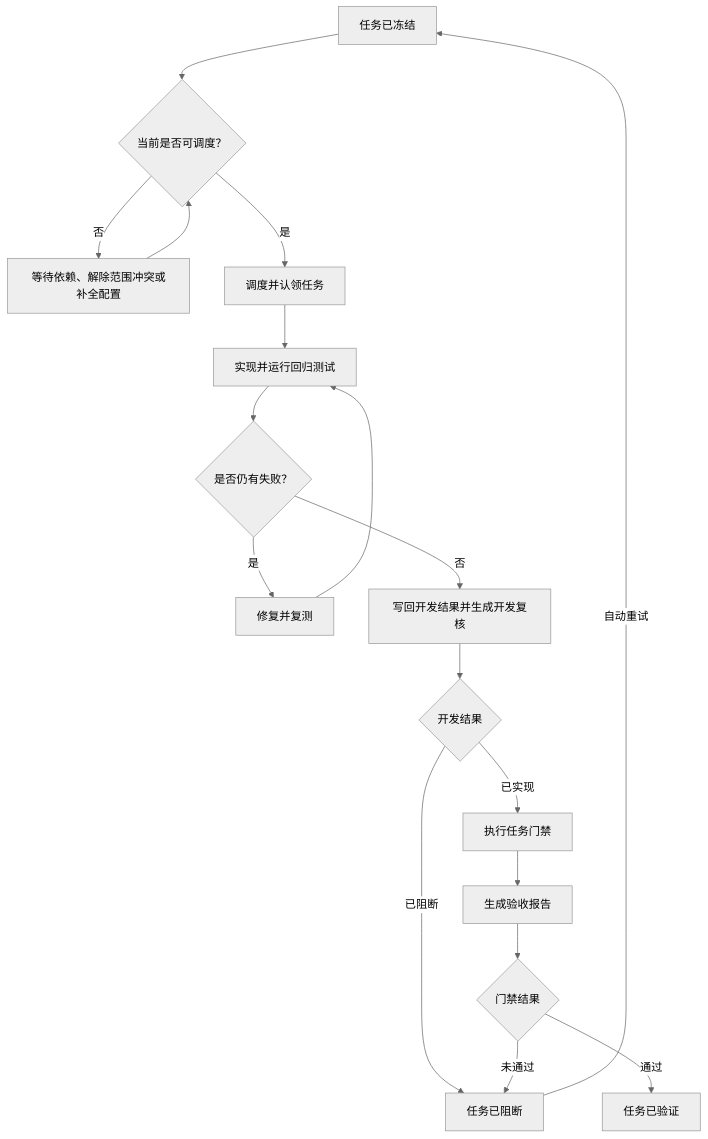
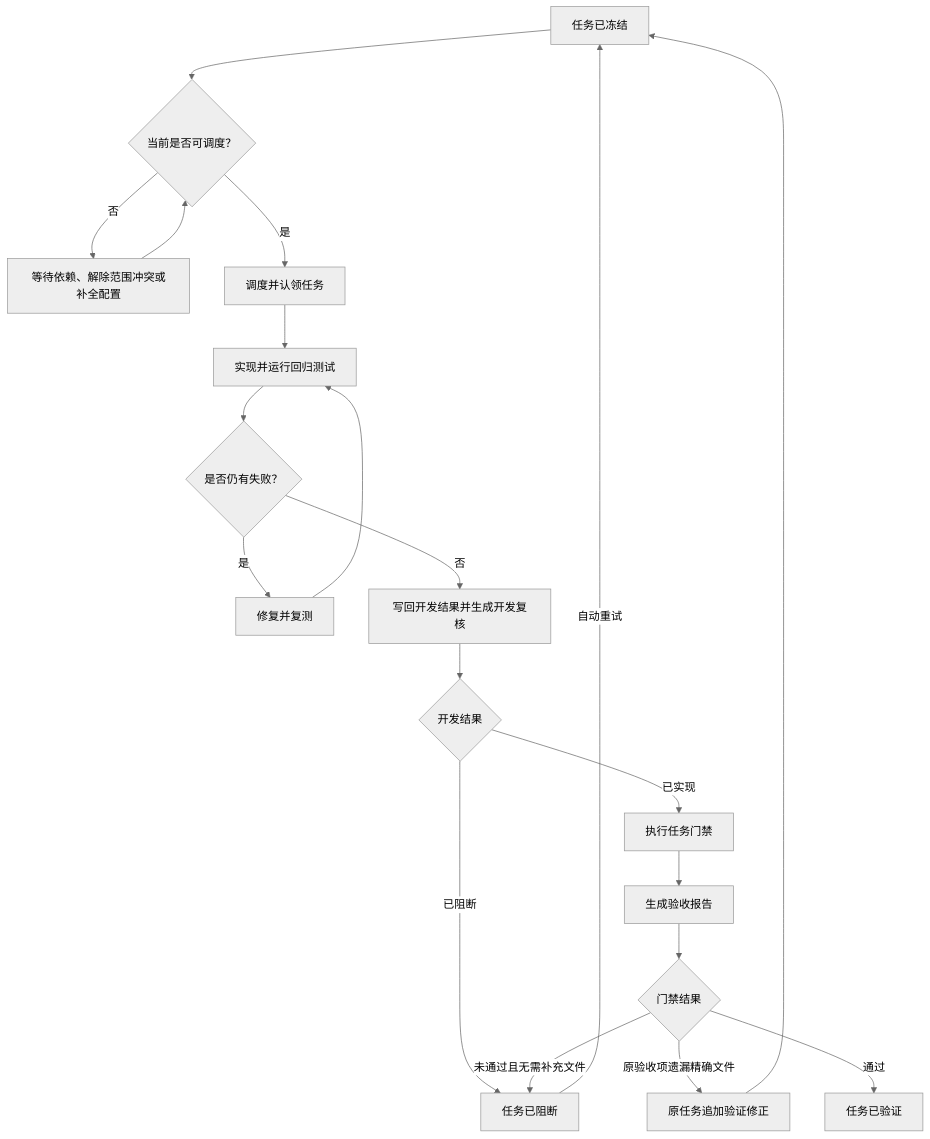
Before and after one commit to feng123321li/gated-ai-dev-loop: the third of 4 diagrams in skills/hierarchical-delivery-governance/references/workflow.md, drawn with Mermaid (neutral theme). The commit also changed other lines of this file and 29 other files, not shown here.

````diff
--- a/skills/hierarchical-delivery-governance/references/workflow.md
+++ b/skills/hierarchical-delivery-governance/references/workflow.md
@@ -80,20 +81,22 @@
 ```mermaid
 flowchart TD
     A["任务已冻结"] --> B{"当前是否可调度？"}
     B -->|"否"| W["等待依赖、解除范围冲突或补全配置"]
     W --> B
     B -->|"是"| C["调度并认领任务"]
     C --> D["实现并运行回归测试"]
     D --> E{"是否仍有失败？"}
     E -->|"是"| F["修复并复测"]
     F --> D
     E -->|"否"| G["写回开发结果并生成开发复核"]
     G --> R{"开发结果"}
     R -->|"已阻断"| X["任务已阻断"]
     X -->|"自动重试"| A
     R -->|"已实现"| M["执行任务门禁"]
     M --> N["生成验收报告"]
     N --> O{"门禁结果"}
-    O -->|"未通过"| X
+    O -->|"未通过且无需补充文件"| X
+    O -->|"原验收项遗漏精确文件"| Y["原任务追加验证修正"]
+    Y --> A
     O -->|"通过"| V["任务已验证"]
 ```
````
